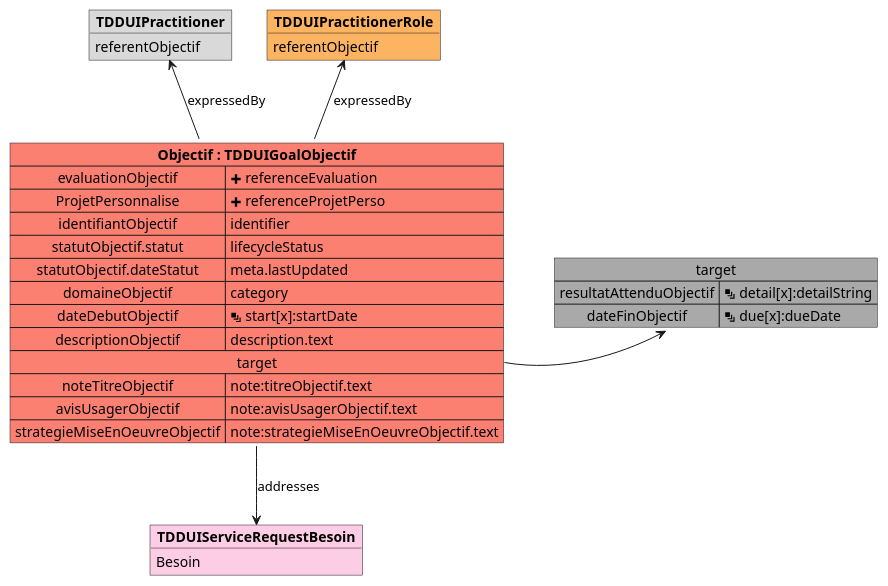
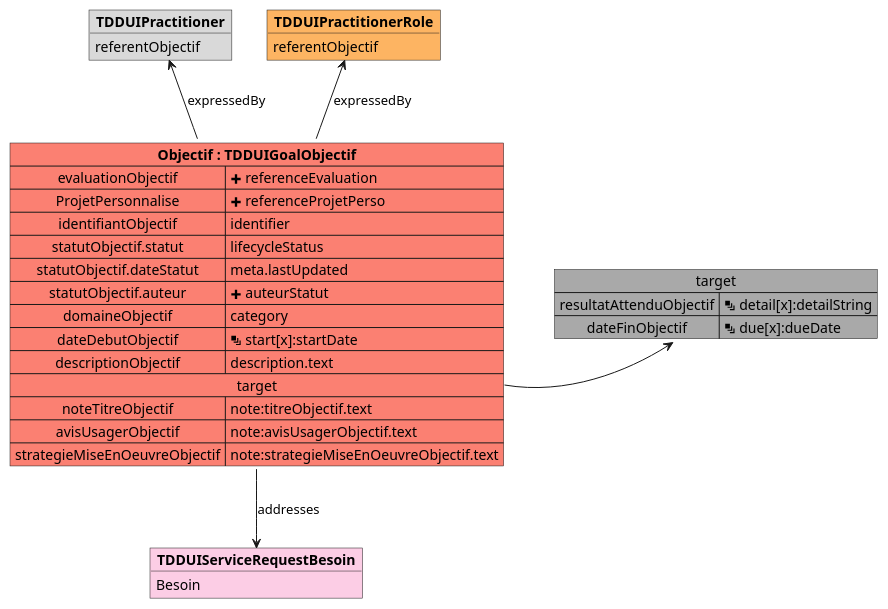
The diagram in input/images-source/mapping_TDDUIGoalObjectif.plantuml (ansforge/IG-fhir-medicosocial-transfert-donnees-dui), drawn with PlantUML before and after one commit. The commit also changed 9 other files, not shown here.

Commit message:
add auteurStatut

```diff
--- a/input/images-source/mapping_TDDUIGoalObjectif.plantuml
+++ b/input/images-source/mapping_TDDUIGoalObjectif.plantuml
@@ -1,39 +1,40 @@
 @startuml
 
 map "target" as target #DarkGray {
     resultatAttenduObjectif => <&layers> detail[x]:detailString
     dateFinObjectif => <&layers> due[x]:dueDate
 }
 
 object "**TDDUIPractitionerRole**" as TDDUIPractitionerRole_expressedBy #fdb462 {
     referentObjectif
 }
 
 object "**TDDUIPractitioner**" as TDDUIPractitioner_expressedBy #d9d9d9 {
     referentObjectif
 }
 
 object "**TDDUIServiceRequestBesoin**" as TDDUIServiceRequestBesoin_addresses #fccde5 {
     Besoin
 }
 
 map "**Objectif : TDDUIGoalObjectif**" as Objectif #fb8072 {
     evaluationObjectif => <&plus> referenceEvaluation
     ProjetPersonnalise => <&plus> referenceProjetPerso
     identifiantObjectif => identifier
     statutObjectif.statut => lifecycleStatus
     statutObjectif.dateStatut => meta.lastUpdated
+    statutObjectif.auteur => <&plus> auteurStatut
     domaineObjectif => category
     dateDebutObjectif => <&layers> start[x]:startDate
     descriptionObjectif => description.text
     target *-> target
     noteTitreObjectif => note:titreObjectif.text
     avisUsagerObjectif => note:avisUsagerObjectif.text
     strategieMiseEnOeuvreObjectif=> note:strategieMiseEnOeuvreObjectif.text
 }
 
 Objectif -u-> TDDUIPractitionerRole_expressedBy : expressedBy
 Objectif -u-> TDDUIPractitioner_expressedBy : expressedBy
 Objectif -d-> TDDUIServiceRequestBesoin_addresses : addresses
 
 @enduml
```
